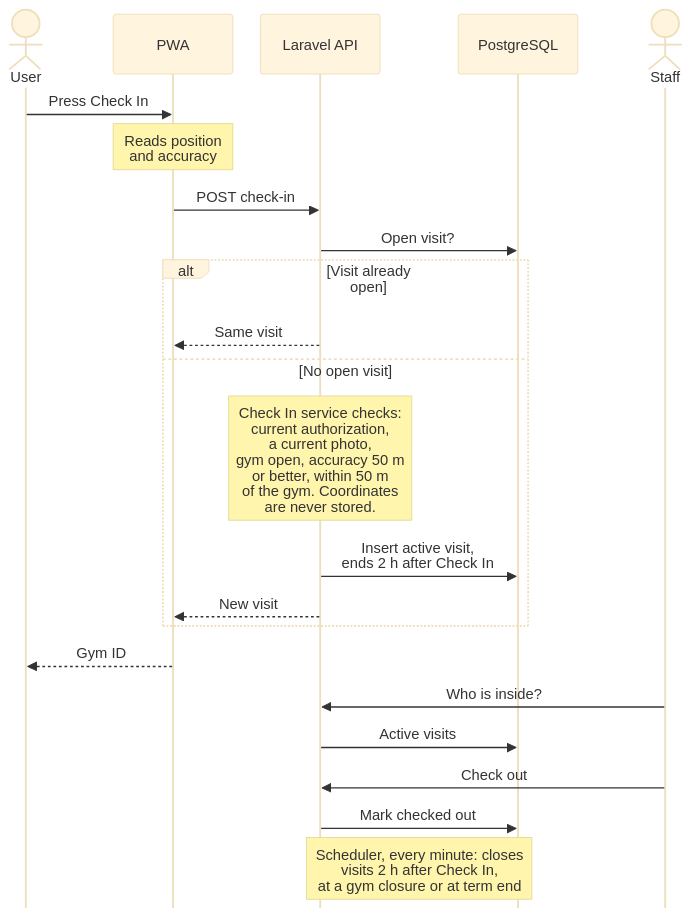
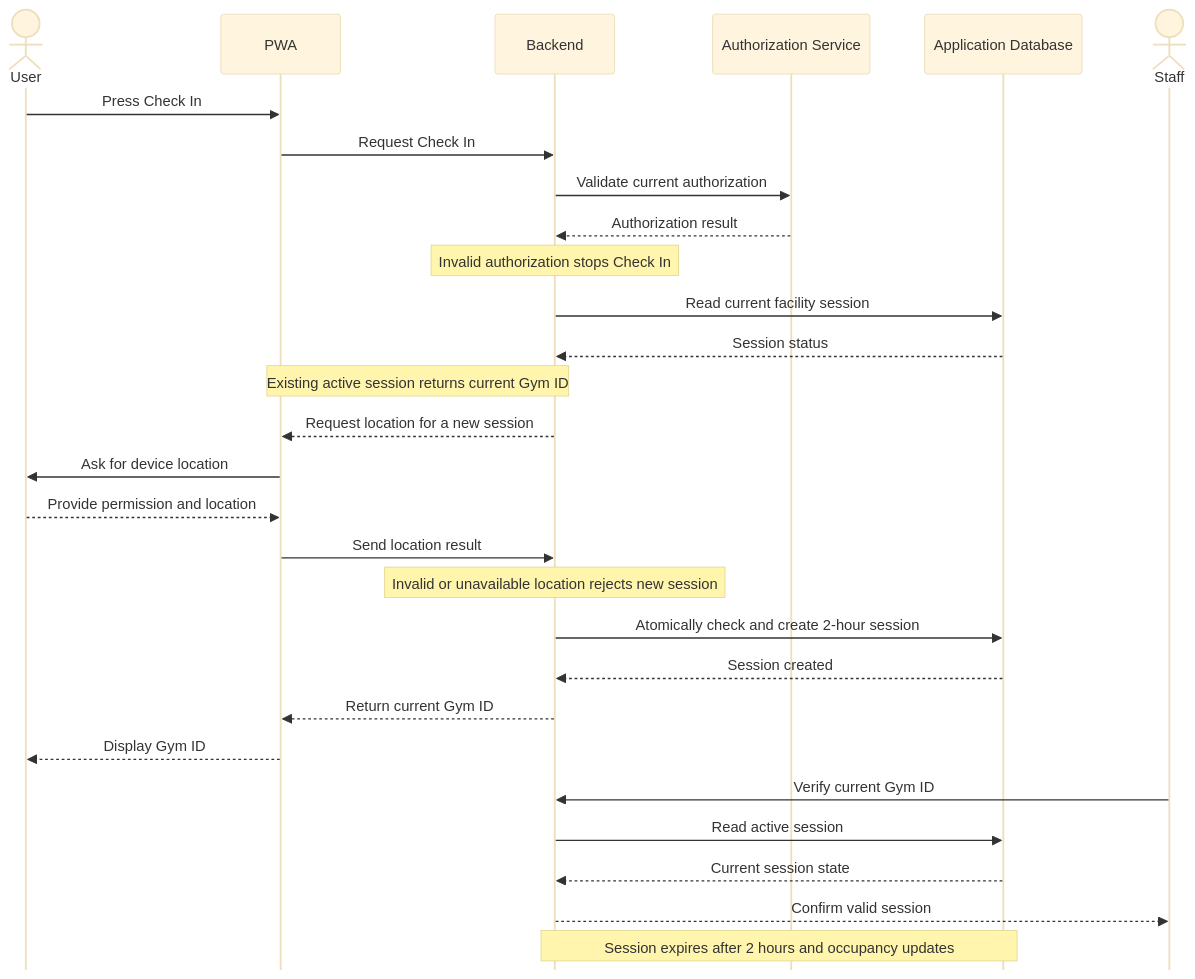
Before and after one commit to Th3-Minorities/natatorio-gym-app: the diagram in docs/progress_report/diagrams/04_checkin_session.mmd, drawn with Mermaid (base theme). The commit also changed 11 other files, not shown here.

Commit message:
Return the design diagrams to the proposal's versions with only design changes applied: one number field, waiver and contact, academic terms, 2-hour sessions and separate staff accounts

```diff
--- a/docs/progress_report/diagrams/04_checkin_session.mmd
+++ b/docs/progress_report/diagrams/04_checkin_session.mmd
@@ -1,36 +1,41 @@
 ---
 config:
   sequence:
     mirrorActors: false
     messageFontSize: 20
     noteFontSize: 20
     actorFontSize: 20
     actorMargin: 30
     width: 130
     noteMargin: 8
 ---
 sequenceDiagram
   actor U as User
   participant P as PWA
-  participant A as Laravel API
-  participant D as PostgreSQL
-  actor St as Staff
+  participant B as Backend
+  participant AS as Authorization Service
+  participant DB as Application Database
+  actor S as Staff
 
   U->>P: Press Check In
-  Note over P: Reads position<br/>and accuracy
-  P->>A: POST check-in
-  A->>D: Open visit?
-  alt Visit already open
-    A-->>P: Same visit
-  else No open visit
-    Note over A: Check In service checks:<br/>current authorization,<br/>a current photo,<br/>gym open, accuracy 50 m<br/>or better, within 50 m<br/>of the gym. Coordinates<br/>are never stored.
-    A->>D: Insert active visit,<br/>ends 2 h after Check In
-    A-->>P: New visit
-  end
-  P-->>U: Gym ID
-
-  St->>A: Who is inside?
-  A->>D: Active visits
-  St->>A: Check out
-  A->>D: Mark checked out
-  Note over A,D: Scheduler, every minute: closes<br/>visits 2 h after Check In,<br/>at a gym closure or at term end
+  P->>B: Request Check In
+  B->>AS: Validate current authorization
+  AS-->>B: Authorization result
+  Note over B: Invalid authorization stops Check In
+  B->>DB: Read current facility session
+  DB-->>B: Session status
+  Note over P,B: Existing active session returns current Gym ID
+  B-->>P: Request location for a new session
+  P->>U: Ask for device location
+  U-->>P: Provide permission and location
+  P->>B: Send location result
+  Note over B: Invalid or unavailable location rejects new session
+  B->>DB: Atomically check and create 2-hour session
+  DB-->>B: Session created
+  B-->>P: Return current Gym ID
+  P-->>U: Display Gym ID
+  S->>B: Verify current Gym ID
+  B->>DB: Read active session
+  DB-->>B: Current session state
+  B-->>S: Confirm valid session
+  Note over B,DB: Session expires after 2 hours and occupancy updates
```
